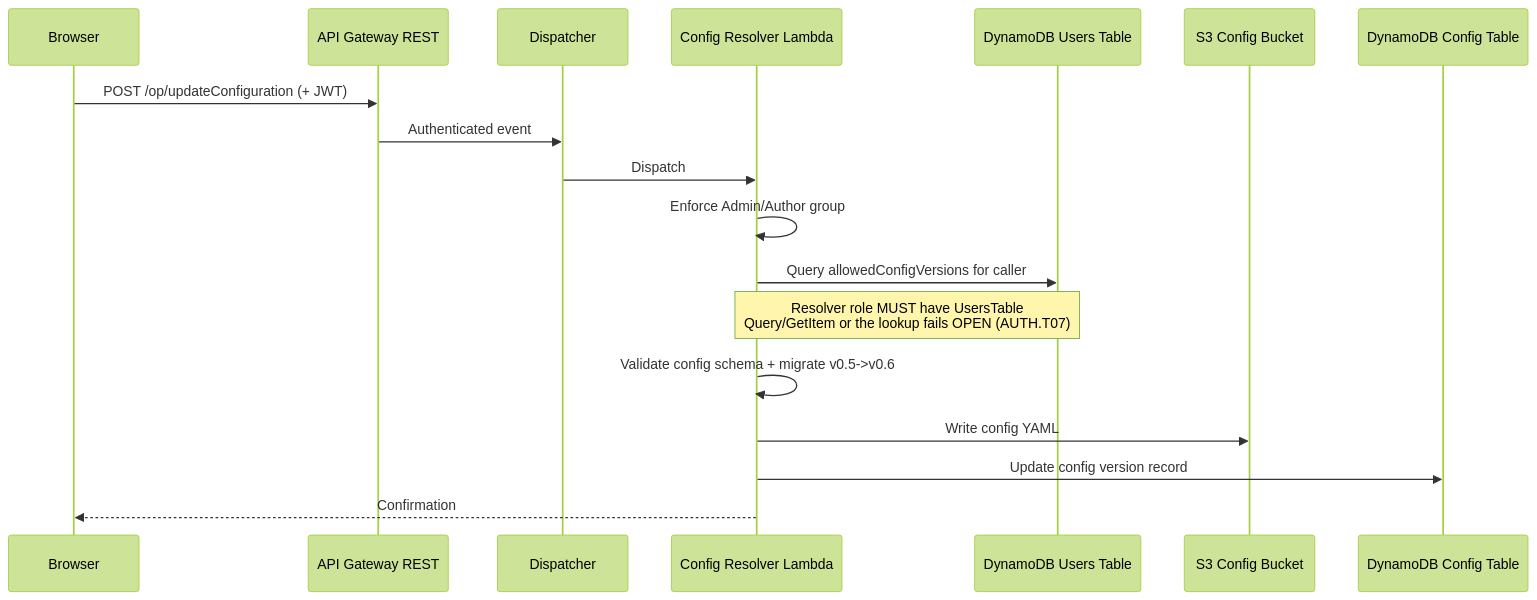
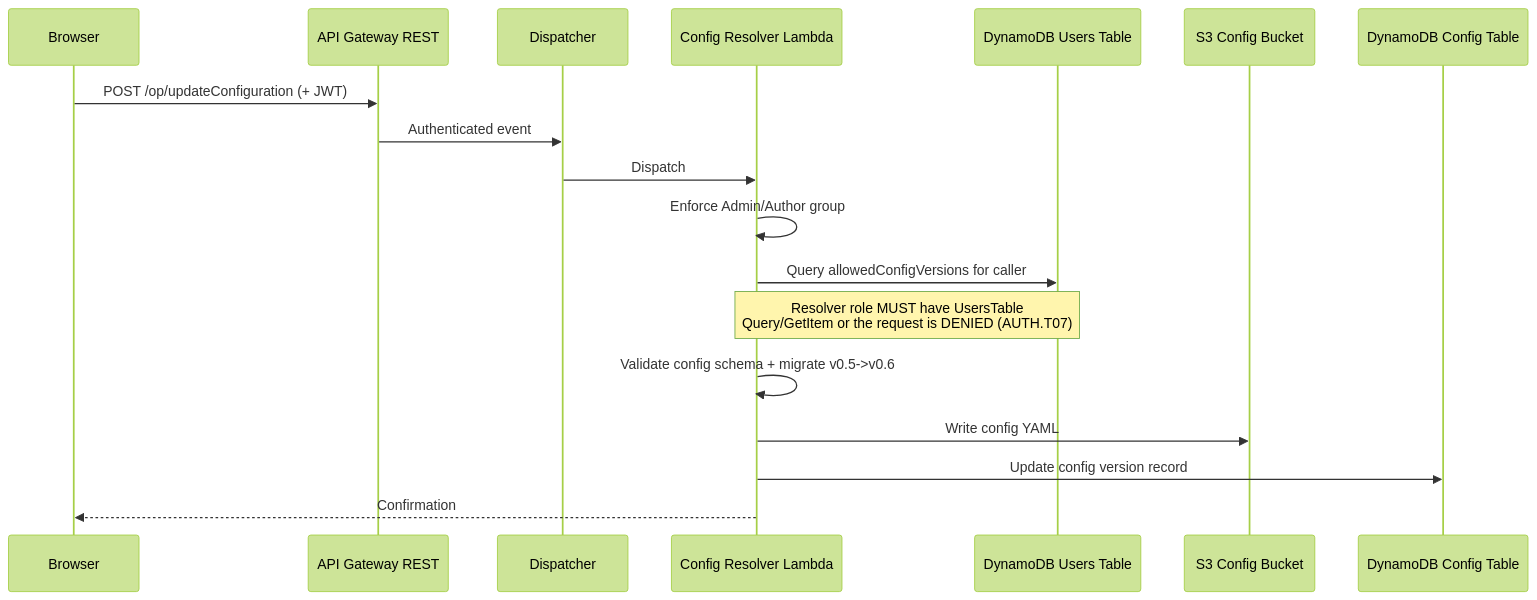
Before and after one commit to aws-solutions-library-samples/accelerated-intelligent-document-processing-on-aws: the ninth of 22 diagrams in security/threat-modeling/architecture/data-flows.md, drawn with Mermaid (forest theme). The commit also changed other lines of this file and 30 other files, not shown here.

````diff
--- a/security/threat-modeling/architecture/data-flows.md
+++ b/security/threat-modeling/architecture/data-flows.md
@@ -345,21 +345,21 @@
 ```mermaid
 sequenceDiagram
     participant Browser as Browser
     participant APIGW as API Gateway REST
     participant Disp as Dispatcher
     participant Lambda as Config Resolver Lambda
     participant Users as DynamoDB Users Table
     participant S3 as S3 Config Bucket
     participant DDB as DynamoDB Config Table
 
     Browser->>APIGW: POST /op/updateConfiguration (+ JWT)
     APIGW->>Disp: Authenticated event
     Disp->>Lambda: Dispatch
     Lambda->>Lambda: Enforce Admin/Author group
     Lambda->>Users: Query allowedConfigVersions for caller
-    Note over Lambda,Users: Resolver role MUST have UsersTable<br/>Query/GetItem or the lookup fails OPEN (AUTH.T07)
+    Note over Lambda,Users: Resolver role MUST have UsersTable<br/>Query/GetItem or the request is DENIED (AUTH.T07)
     Lambda->>Lambda: Validate config schema + migrate v0.5->v0.6
     Lambda->>S3: Write config YAML
     Lambda->>DDB: Update config version record
     Lambda-->>Browser: Confirmation
 ```
````
